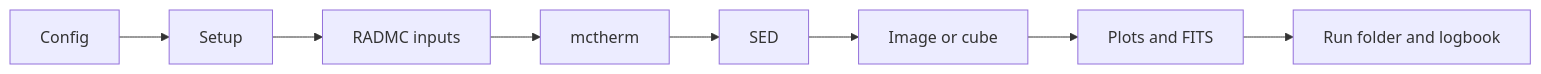
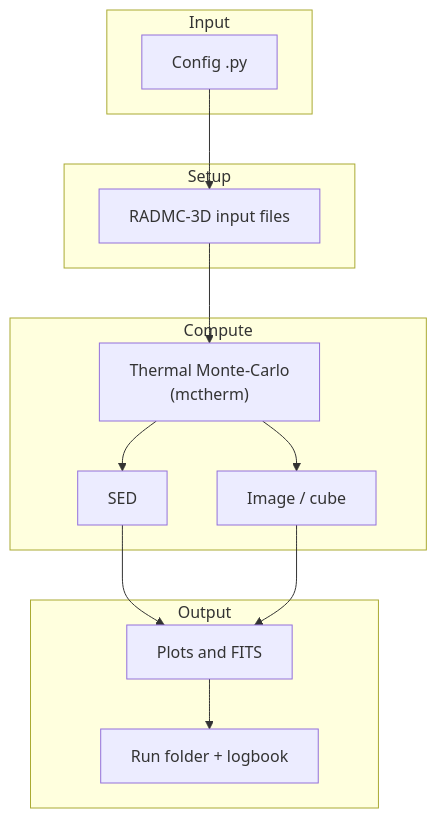
One commit to jonasvc/radmc-simulation-suite changed the diagram in README.md. Above: the diagram before and after it, drawn with Mermaid. The commit also changed other lines of this file, not shown here.

````diff
--- a/README.md
+++ b/README.md
@@ -28,10 +28,26 @@
 ```mermaid
-flowchart LR
-    C[Config] --> S[Setup]
-    S --> R[RADMC inputs]
-    R --> M[mctherm]
-    M --> E[SED]
-    E --> I[Image or cube]
-    I --> P[Plots and FITS]
-    P --> L[Run folder and logbook]
+flowchart TD
+    subgraph input [" Input "]
+        A["Config .py"]
+    end
+
+    subgraph setup [" Setup "]
+        B["RADMC-3D input files"]
+    end
+
+    subgraph compute [" Compute "]
+        C["Thermal Monte-Carlo\n(mctherm)"]
+        D["SED"]
+        E["Image / cube"]
+    end
+
+    subgraph output [" Output "]
+        F["Plots and FITS"]
+        G["Run folder  +  logbook"]
+    end
+
+    A --> B --> C
+    C --> D --> F
+    C --> E --> F
+    F --> G
 ```
````
